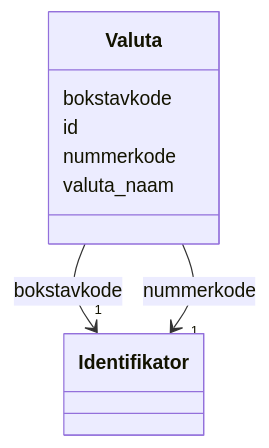
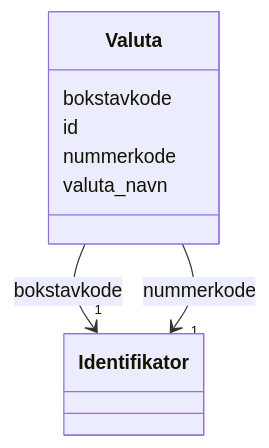
One commit to brreg/linkml-w3c-no-profiles changed the diagram in mkdocs/docs/fint/fint-arkiv/klasser/Valuta.md. Above: the diagram before and after it, drawn with Mermaid. The commit also changed other lines of this file and 391 other files, not shown here.

````diff
--- a/mkdocs/docs/fint/fint-arkiv/klasser/Valuta.md
+++ b/mkdocs/docs/fint/fint-arkiv/klasser/Valuta.md
@@ -18,32 +18,32 @@
 ```mermaid
  classDiagram
     class Valuta
     click Valuta href "../Valuta/"
       Valuta : bokstavkode
         
           
     
         
         
         Valuta --> "1" Identifikator : bokstavkode
         click Identifikator href "../Identifikator/"
     
 
         
       Valuta : id
         
       Valuta : nummerkode
         
           
     
         
         
         Valuta --> "1" Identifikator : nummerkode
         click Identifikator href "../Identifikator/"
     
 
         
-      Valuta : valuta_naam
+      Valuta : valuta_navn
         
       
 ```
````
